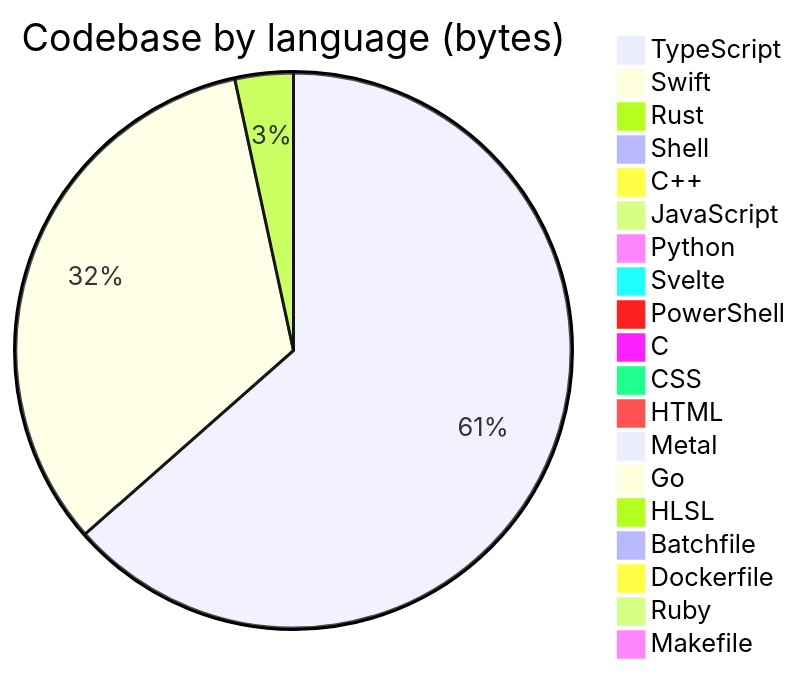
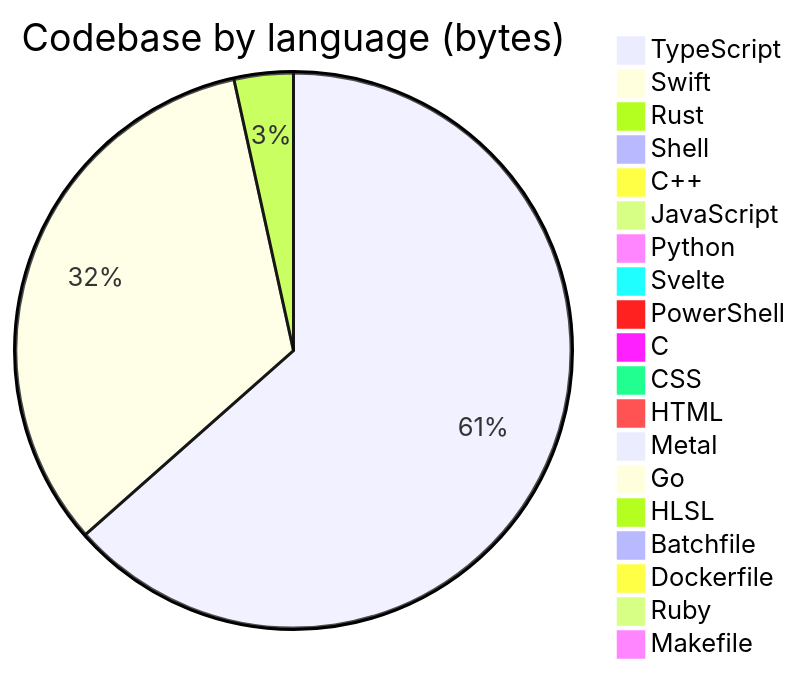
The diagram in profile/README.md (Open330/.github), drawn with Mermaid before and after one commit. The commit also changed other lines of this file, not shown here.

````diff
--- a/profile/README.md
+++ b/profile/README.md
@@ -131,22 +131,22 @@
 ```mermaid
 pie title Codebase by language (bytes)
     "TypeScript" : 34372299
     "Swift" : 17918054
-    "Rust" : 1835380
+    "Rust" : 1863586
     "Shell" : 475519
     "C++" : 388775
     "JavaScript" : 317974
     "Python" : 297585
     "Svelte" : 143451
     "PowerShell" : 128198
     "C" : 114143
     "CSS" : 107047
     "HTML" : 44303
     "Metal" : 33033
     "Go" : 22811
     "HLSL" : 7527
     "Batchfile" : 5870
     "Dockerfile" : 4893
     "Ruby" : 1554
     "Makefile" : 1150
 ```
````
